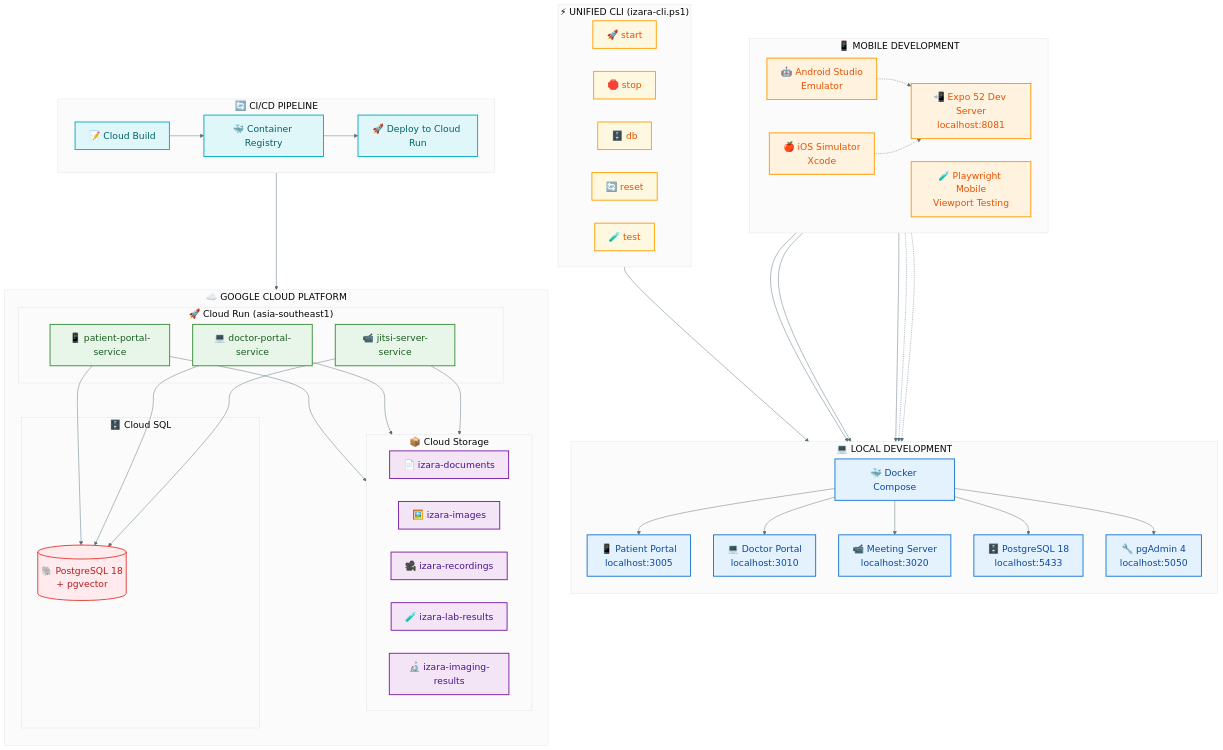
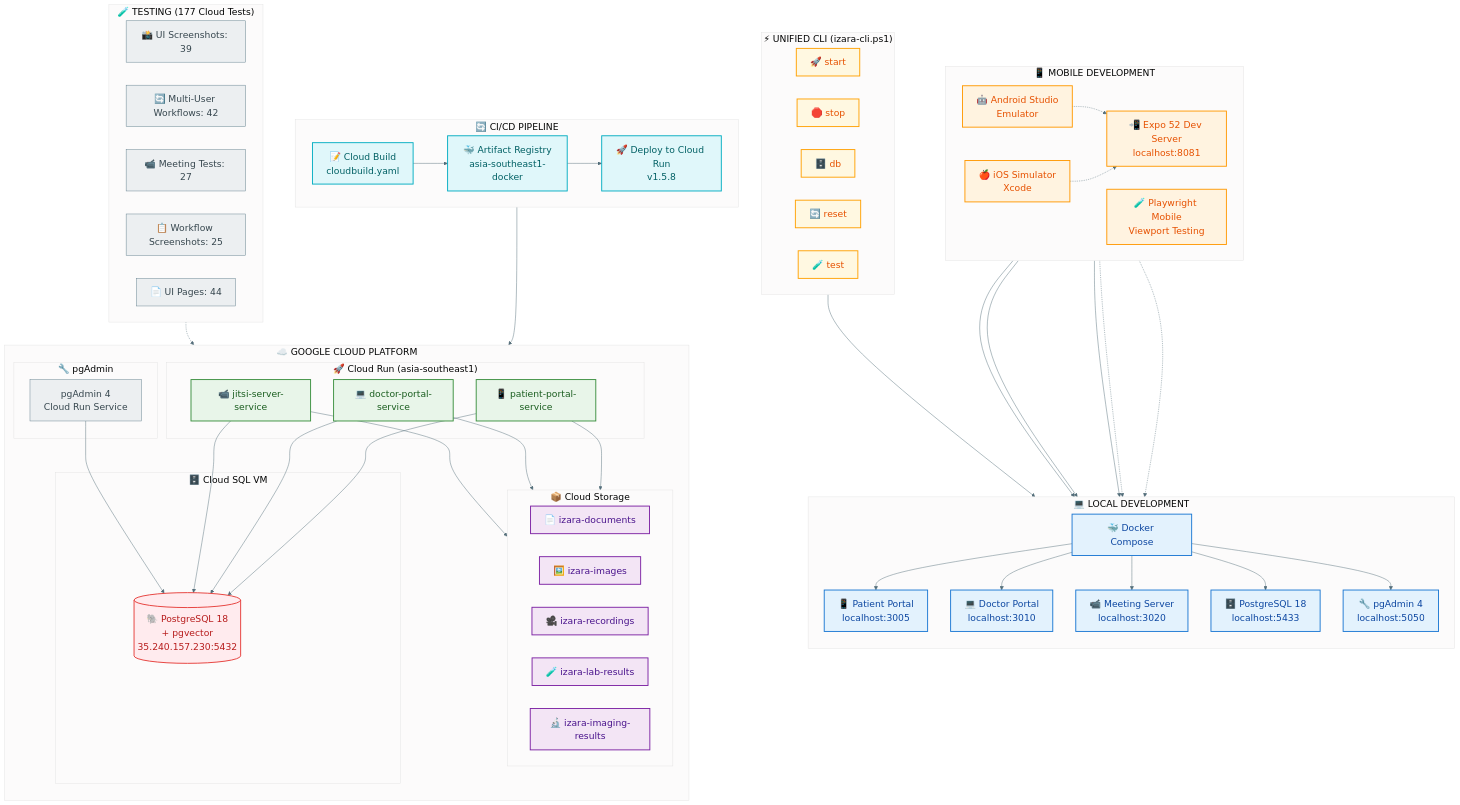
The diagram in Presentations/diagrams/09-deployment-architecture.mmd (chiraleo2000/Isara-Anywhere), drawn with Mermaid before and after one commit. The commit also changed 294 other files, not shown here.

```diff
--- a/Presentations/diagrams/09-deployment-architecture.mmd
+++ b/Presentations/diagrams/09-deployment-architecture.mmd
@@ -1,110 +1,126 @@
 %%{init: {
   'theme': 'base',
   'themeVariables': {
     'primaryColor': '#ECEFF1',
     'primaryTextColor': '#37474F',
     'primaryBorderColor': '#607D8B',
     'lineColor': '#546E7A',
     'fontSize': '20px',
     'fontFamily': 'Segoe UI, Arial'
   }
 }}%%
 
 flowchart TB
     subgraph LOCAL["💻 LOCAL DEVELOPMENT"]
         direction TB
         L1["🐳 Docker Compose"]
         L2["📱 Patient Portal<br/>localhost:3005"]
         L3["💻 Doctor Portal<br/>localhost:3010"]
         L4["📹 Meeting Server<br/>localhost:3020"]
         L5["🗄️ PostgreSQL 18<br/>localhost:5433"]
         L6["🔧 pgAdmin 4<br/>localhost:5050"]
     end
 
     subgraph MOBILE_DEV["📱 MOBILE DEVELOPMENT"]
         direction LR
         MD1["📲 Expo 52 Dev Server<br/>localhost:8081"]
         MD2["🤖 Android Studio<br/>Emulator"]
         MD3["🍎 iOS Simulator<br/>Xcode"]
         MD4["🧪 Playwright Mobile<br/>Viewport Testing"]
     end
 
     subgraph CLI["⚡ UNIFIED CLI (izara-cli.ps1)"]
         direction LR
         C1["🚀 start"]
         C2["🛑 stop"]
         C3["🗄️ db"]
         C4["🔄 reset"]
         C5["🧪 test"]
     end
 
     subgraph GCP["☁️ GOOGLE CLOUD PLATFORM"]
         direction TB
         subgraph CLOUDRUN["🚀 Cloud Run (asia-southeast1)"]
             CR1["📱 patient-portal-service"]
             CR2["💻 doctor-portal-service"]
             CR3["📹 jitsi-server-service"]
         end
         subgraph STORAGE["📦 Cloud Storage"]
             S1["📄 izara-documents"]
             S2["🖼️ izara-images"]
             S3["🎥 izara-recordings"]
             S4["🧪 izara-lab-results"]
             S5["🔬 izara-imaging-results"]
         end
-        subgraph DATABASE["🗄️ Cloud SQL"]
-            DB1[("🐘 PostgreSQL 18<br/>+ pgvector")]
+        subgraph DATABASE["🗄️ Cloud SQL VM"]
+            DB1[("🐘 PostgreSQL 18<br/>+ pgvector<br/>35.240.157.230:5432")]
+        end
+        subgraph PGADMIN["🔧 pgAdmin"]
+            PA1["pgAdmin 4<br/>Cloud Run Service"]
         end
     end
 
     subgraph CICD["🔄 CI/CD PIPELINE"]
         direction LR
-        CI1["📝 Cloud Build"]
-        CI2["🐳 Container Registry"]
-        CI3["🚀 Deploy to Cloud Run"]
+        CI1["📝 Cloud Build<br/>cloudbuild.yaml"]
+        CI2["🐳 Artifact Registry<br/>asia-southeast1-docker"]
+        CI3["🚀 Deploy to Cloud Run<br/>v1.5.8"]
+    end
+
+    subgraph TESTING["🧪 TESTING (177 Cloud Tests)"]
+        direction LR
+        T1["📸 UI Screenshots: 39"]
+        T2["🔄 Multi-User Workflows: 42"]
+        T3["📹 Meeting Tests: 27"]
+        T4["📋 Workflow Screenshots: 25"]
+        T5["📄 UI Pages: 44"]
     end
 
     %% Local Development Flow
     CLI --> L1
     L1 --> L2
     L1 --> L3
     L1 --> L4
     L1 --> L5
     L1 --> L6
 
     %% Mobile Development Flow
     MD1 --> L2
     MD1 --> L3
     MD1 --> L4
     MD2 -.-> MD1
     MD3 -.-> MD1
     MD4 -.-> L2
     MD4 -.-> L3
 
     %% CI/CD Flow
     CI1 --> CI2 --> CI3
     CI3 --> CLOUDRUN
 
     %% Cloud Run connections
     CR1 --> DB1
     CR2 --> DB1
     CR3 --> DB1
     CR1 --> STORAGE
     CR2 --> STORAGE
     CR3 --> STORAGE
+    PA1 --> DB1
+
+    %% Testing connects to Cloud Run
+    TESTING -.-> CLOUDRUN
 
     classDef localStyle fill:#E3F2FD,stroke:#1976D2,stroke-width:2px,color:#0D47A1
     classDef mobileStyle fill:#FFF3E0,stroke:#FF9800,stroke-width:2px,color:#E65100
     classDef cliStyle fill:#FFF8E1,stroke:#FFA000,stroke-width:2px,color:#E65100
     classDef cloudrunStyle fill:#E8F5E9,stroke:#388E3C,stroke-width:2px,color:#1B5E20
     classDef storageStyle fill:#F3E5F5,stroke:#7B1FA2,stroke-width:2px,color:#4A148C
     classDef dbStyle fill:#FFEBEE,stroke:#E53935,stroke-width:2px,color:#B71C1C
     classDef cicdStyle fill:#E0F7FA,stroke:#00ACC1,stroke-width:2px,color:#006064
 
     class L1,L2,L3,L4,L5,L6 localStyle
     class MD1,MD2,MD3,MD4 mobileStyle
     class C1,C2,C3,C4,C5 cliStyle
     class CR1,CR2,CR3 cloudrunStyle
     class S1,S2,S3,S4,S5 storageStyle
     class DB1 dbStyle
     class CI1,CI2,CI3 cicdStyle
```
